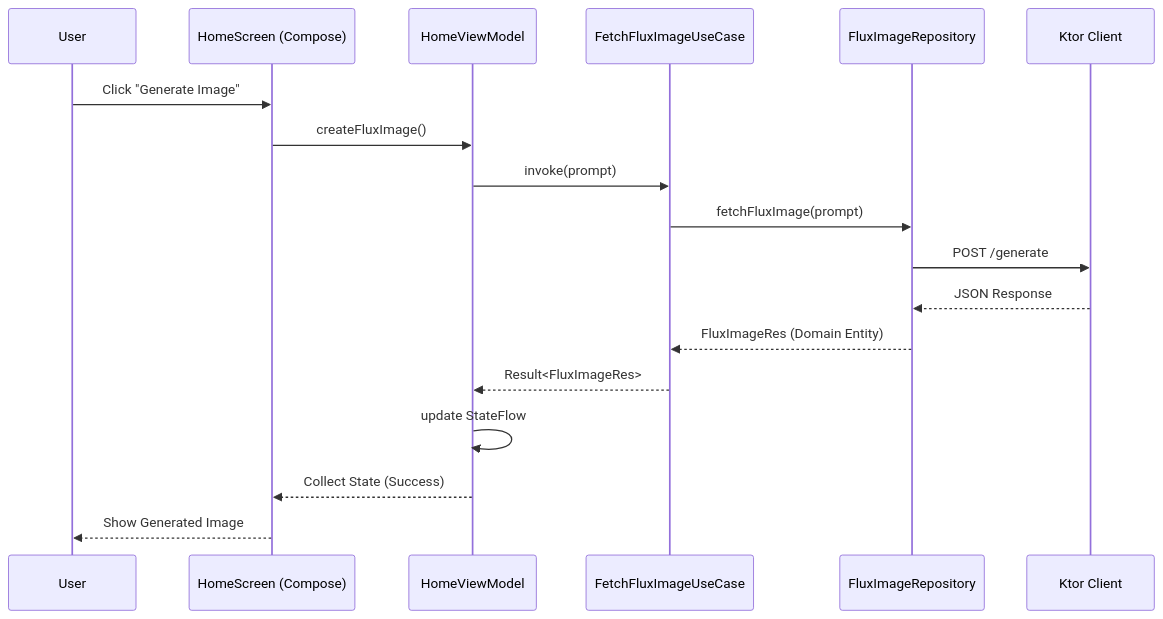
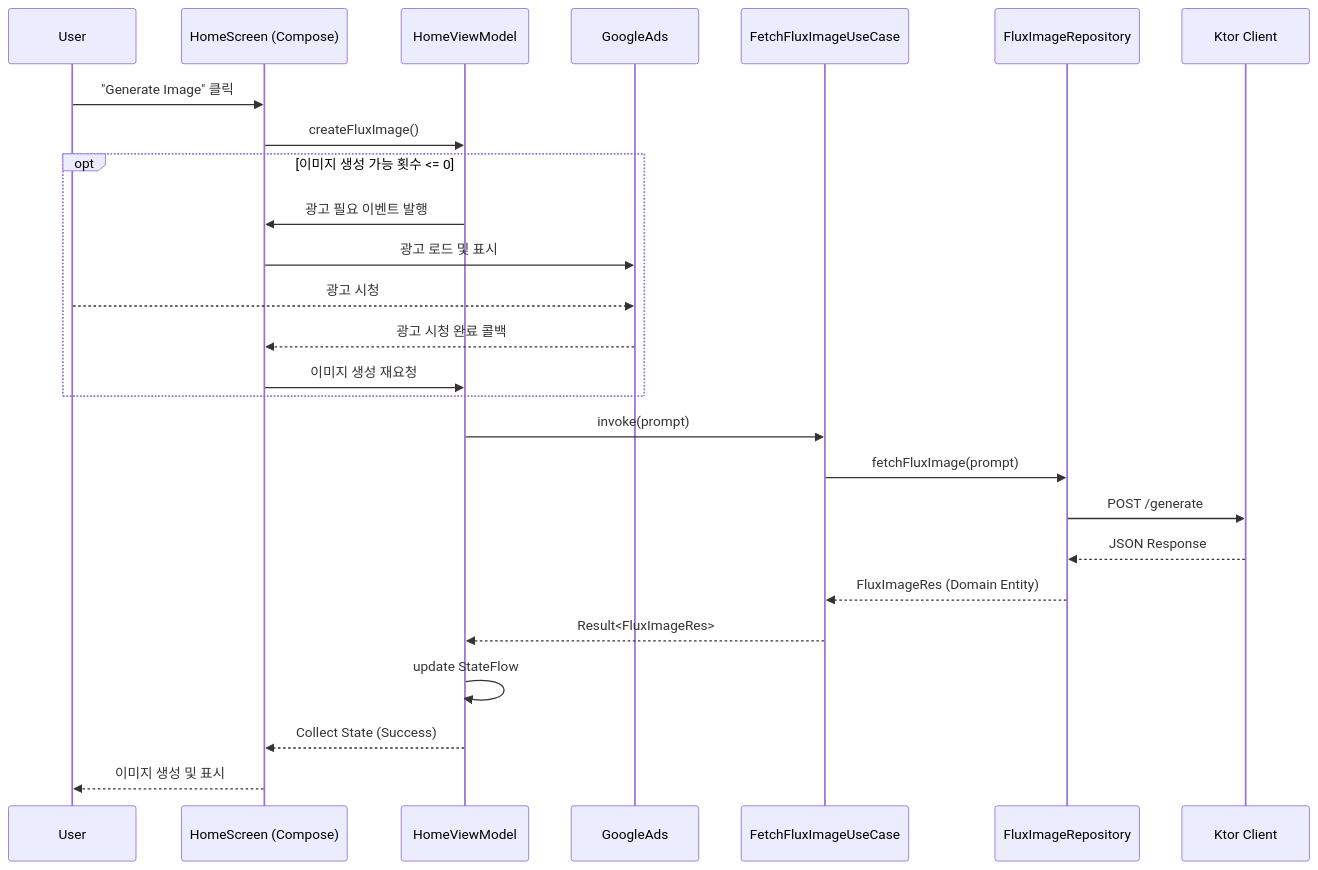
The second of 2 diagrams in README.md (oh1701/KoreAi), drawn with Mermaid before and after one commit. The commit also changed other lines of this file, not shown here.

````diff
--- a/README.md
+++ b/README.md
@@ -77,21 +90,32 @@
 ```mermaid
 sequenceDiagram
     participant User
     participant Screen as HomeScreen (Compose)
     participant VM as HomeViewModel
+    participant Ads as GoogleAds
     participant UC as FetchFluxImageUseCase
     participant Repo as FluxImageRepository
     participant API as Ktor Client
     
-    User->>Screen: Click "Generate Image"
+    User->>Screen: "Generate Image" 클릭
     Screen->>VM: createFluxImage()
+    
+    opt 이미지 생성 가능 횟수 <= 0
+        VM->>Screen: 광고 필요 이벤트 발행
+        Screen->>Ads: 광고 로드 및 표시
+        User-->>Ads: 광고 시청
+        Ads-->>Screen: 광고 시청 완료 콜백
+        Screen->>VM: 이미지 생성 재요청
+    end
+
+    %% 공통 로직 (이미지 생성 시작)
     VM->>UC: invoke(prompt)
     UC->>Repo: fetchFluxImage(prompt)
     Repo->>API: POST /generate
     API-->>Repo: JSON Response
     Repo-->>UC: FluxImageRes (Domain Entity)
     UC-->>VM: Result<FluxImageRes>
     VM->>VM: update StateFlow
     VM-->>Screen: Collect State (Success)
-    Screen-->>User: Show Generated Image
+    Screen-->>User: 이미지 생성 및 표시
 ```
````
